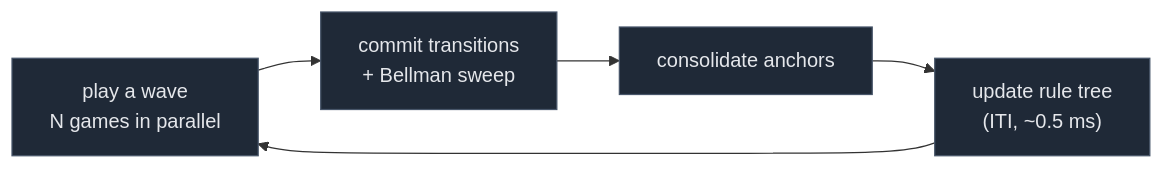
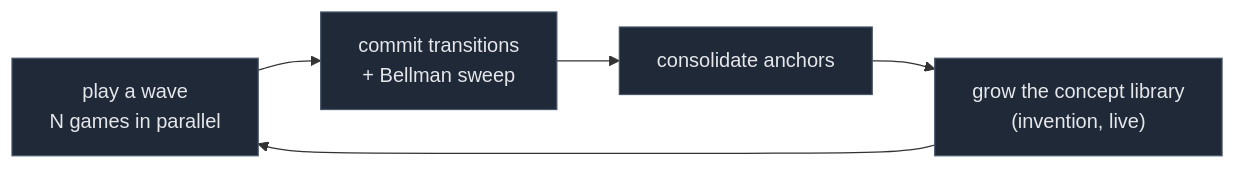
One commit to MatheweB/WiseExplorer changed the fifth of 5 diagrams in README.md. Above: the diagram before and after it, drawn with Mermaid. The commit also changed other lines of this file and 20 other files, not shown here.

First line of the commit message:
Concept invention replaces the tree-miner

````diff
--- a/README.md
+++ b/README.md
@@ -385,9 +372,9 @@
 ```mermaid
 flowchart LR
     classDef step fill:#1f2937,stroke:#475569,color:#e5e7eb
     A["play a wave<br/>N games in parallel"] --> B["commit transitions<br/>+ Bellman sweep"]
     B --> C["consolidate anchors"]
-    C --> D["update rule tree<br/>(ITI, ~0.5 ms)"]
+    C --> D["grow the concept library<br/>(invention, live)"]
     D --> A
     class A,B,C,D step
 ```
````
